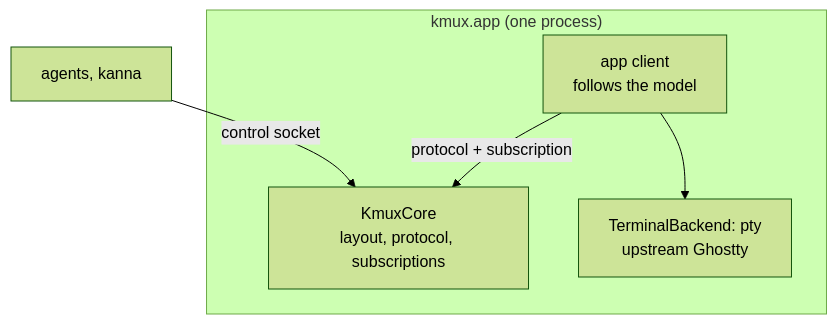
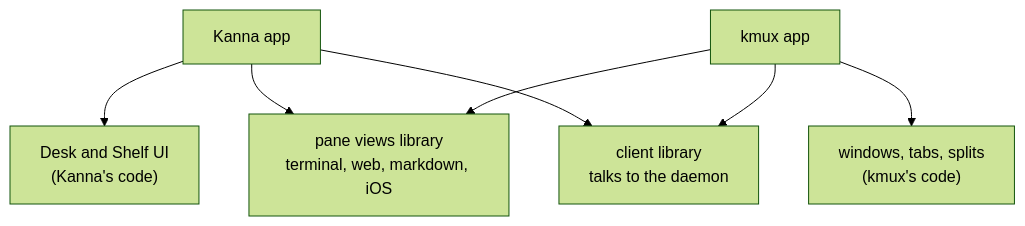
Before and after one commit to jemdiggity/kanna-v4: the third of 9 diagrams in docs/research/mux-architecture.md, drawn with Mermaid (forest theme). The commit also changed other lines of this file, not shown here.

Commit message:
Mux architecture: kmux as libraries, the daemon owns sessions, each UI owns its arrangement, one CLI socket

````diff
--- a/docs/research/mux-architecture.md
+++ b/docs/research/mux-architecture.md
@@ -85,11 +122,15 @@
 ```mermaid
 flowchart TB
-    subgraph P["kmux.app (one process)"]
-        CORE["KmuxCore<br/>layout, protocol, subscriptions"]
-        CLIENT["app client<br/>follows the model"]
-        TB["TerminalBackend: pty<br/>upstream Ghostty"]
-        CLIENT -->|"protocol + subscription"| CORE
-        CLIENT --> TB
-    end
-    AG["agents, kanna"] -->|"control socket"| CORE
+    KANNA["Kanna app"]
+    KMUX["kmux app"]
+    UI1["Desk and Shelf UI<br/>(Kanna's code)"]
+    UI2["windows, tabs, splits<br/>(kmux's code)"]
+    PANES["pane views library<br/>terminal, web, markdown, iOS"]
+    CLIENT["client library<br/>talks to the daemon"]
+    KANNA --> UI1
+    KANNA --> PANES
+    KANNA --> CLIENT
+    KMUX --> UI2
+    KMUX --> PANES
+    KMUX --> CLIENT
 ```
````
